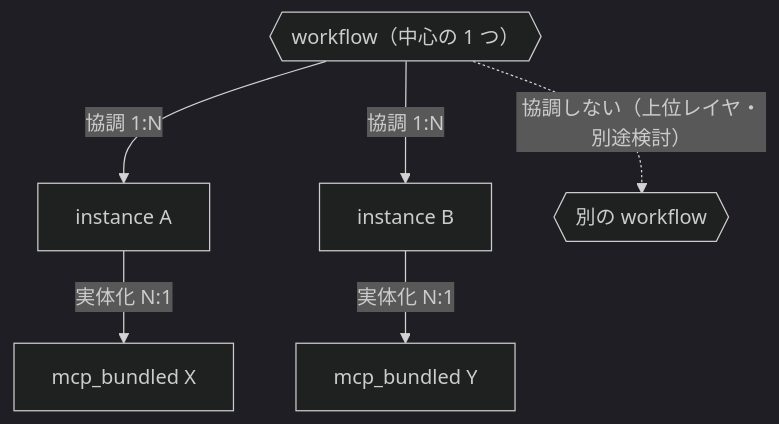
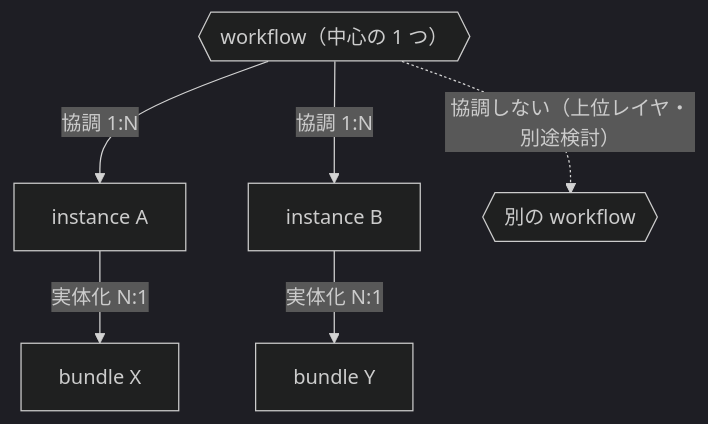
Before and after one commit to sasano8/juice: the second of 2 diagrams in docs/architecture.md, drawn with Mermaid (dark theme). The commit also changed other lines of this file and 43 other files, not shown here.

First line of the commit message:
refactor!: mcp_bundled の語を全廃→bundle、サンプルを mcp_weather-bot へ

````diff
--- a/docs/architecture.md
+++ b/docs/architecture.md
@@ -158,14 +158,14 @@
 ```mermaid
 flowchart TB
     WF{{"workflow（中心の 1 つ）"}}
     IN1["instance A"]
     IN2["instance B"]
-    BND1["mcp_bundled X"]
-    BND2["mcp_bundled Y"]
+    BND1["bundle X"]
+    BND2["bundle Y"]
 
     WF -->|"協調 1:N"| IN1
     WF -->|"協調 1:N"| IN2
     IN1 -->|"実体化 N:1"| BND1
     IN2 -->|"実体化 N:1"| BND2
     WF -. "協調しない（上位レイヤ・別途検討）" .-> WF2{{"別の workflow"}}
 ```
````
